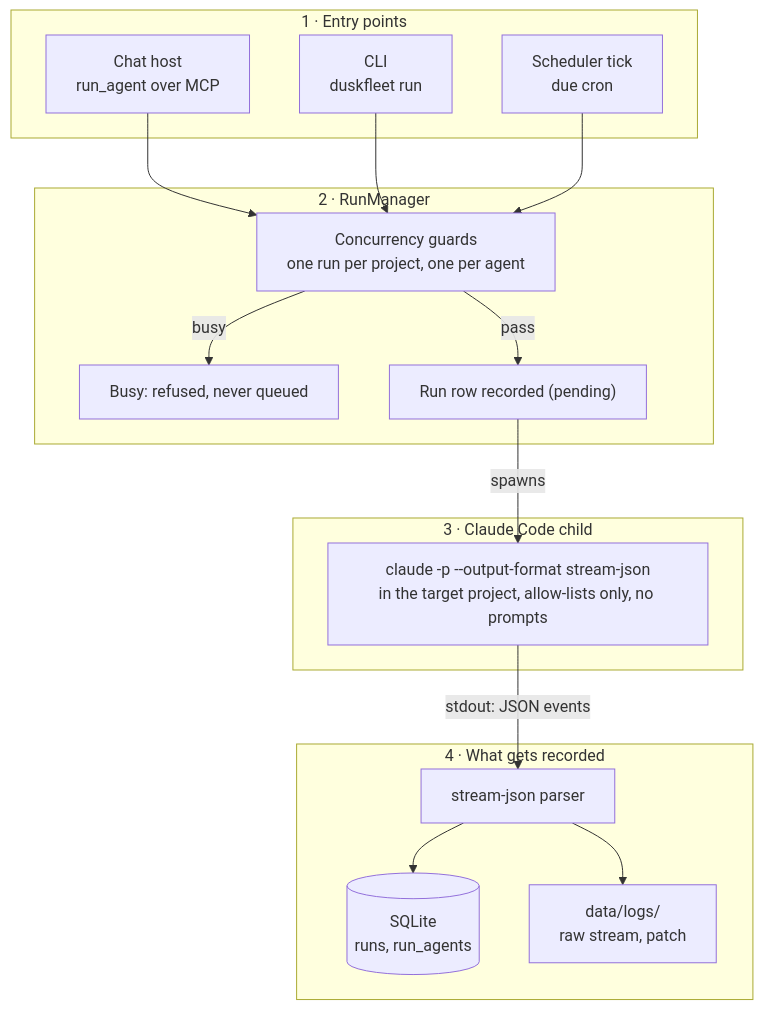
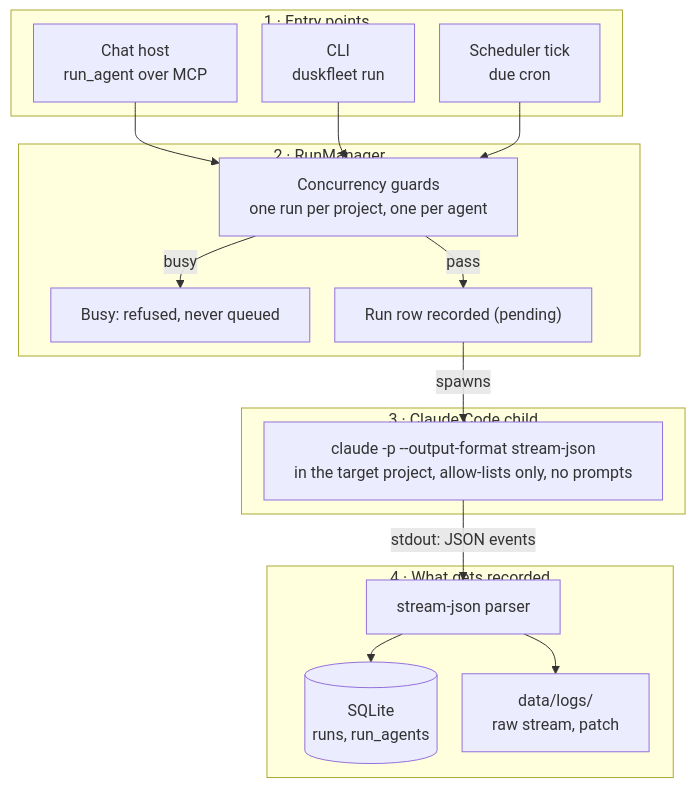
The first of 2 diagrams in README.md (duskfleet/duskfleet), drawn with Mermaid before and after one commit.

Commit message:
README: tighter spacing in the pipeline flowchart
Claude-Session: https://claude.ai/code/session_014NZALZg54RZdNB9EhjesYs

````diff
--- a/README.md
+++ b/README.md
@@ -158,35 +158,35 @@
 ```mermaid
-%%{init: {"flowchart": {"wrappingWidth": 320}}}%%
+%%{init: {"flowchart": {"wrappingWidth": 400, "nodeSpacing": 25, "rankSpacing": 28}}}%%
 flowchart TB
     subgraph entry ["1 · Entry points"]
         chat["Chat host<br/>run_agent over MCP"]
         cli["CLI<br/>duskfleet run"]
         sched["Scheduler tick<br/>due cron"]
     end
 
     subgraph rm ["2 · RunManager"]
         guards["Concurrency guards<br/>one run per project, one per agent"]
         busy["Busy: refused, never queued"]
         row["Run row recorded (pending)"]
     end
 
     subgraph child ["3 · Claude Code child"]
         claude["claude -p --output-format stream-json<br/>in the target project, allow-lists only, no prompts"]
     end
 
     subgraph rec ["4 · What gets recorded"]
         parser["stream-json parser"]
         db[("SQLite<br/>runs, run_agents")]
         logs["data/logs/<br/>raw stream, patch"]
     end
 
     chat --> guards
     cli --> guards
     sched --> guards
     guards -- busy --> busy
     guards -- pass --> row
     row -- spawns --> claude
     claude -- "stdout: JSON events" --> parser
     parser --> db
     parser --> logs
 ```
````
